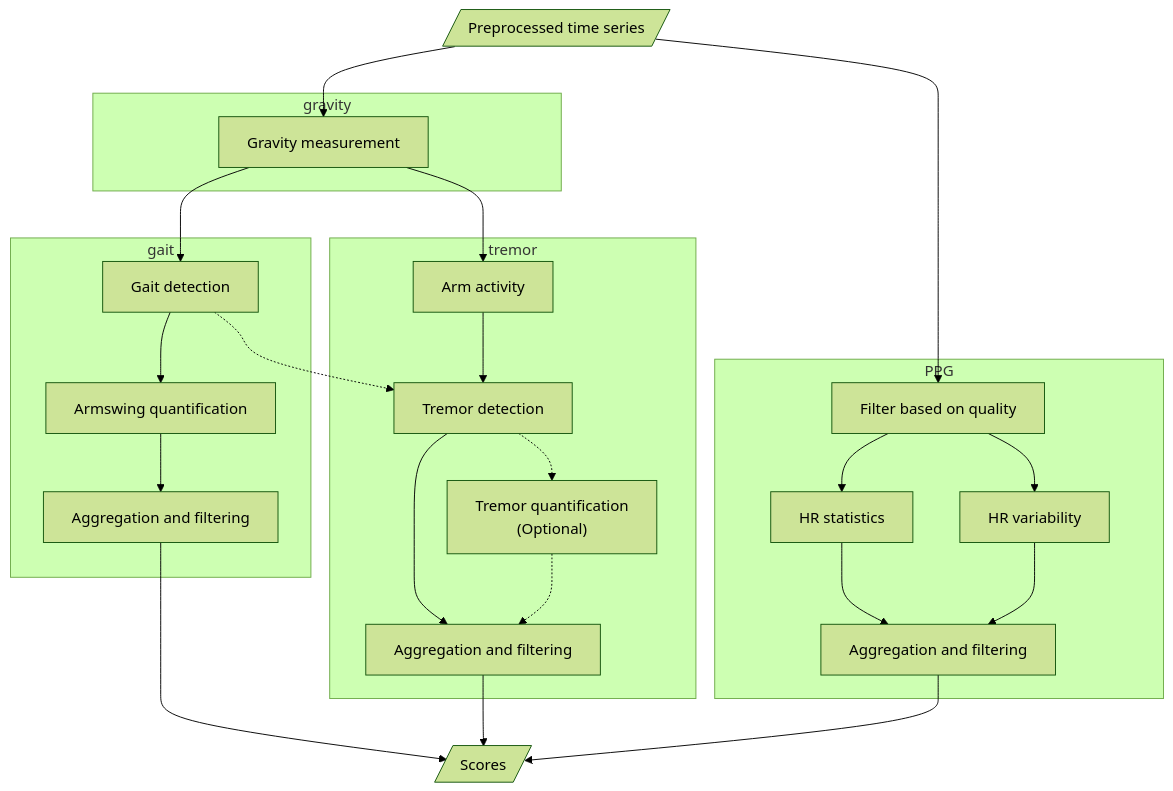
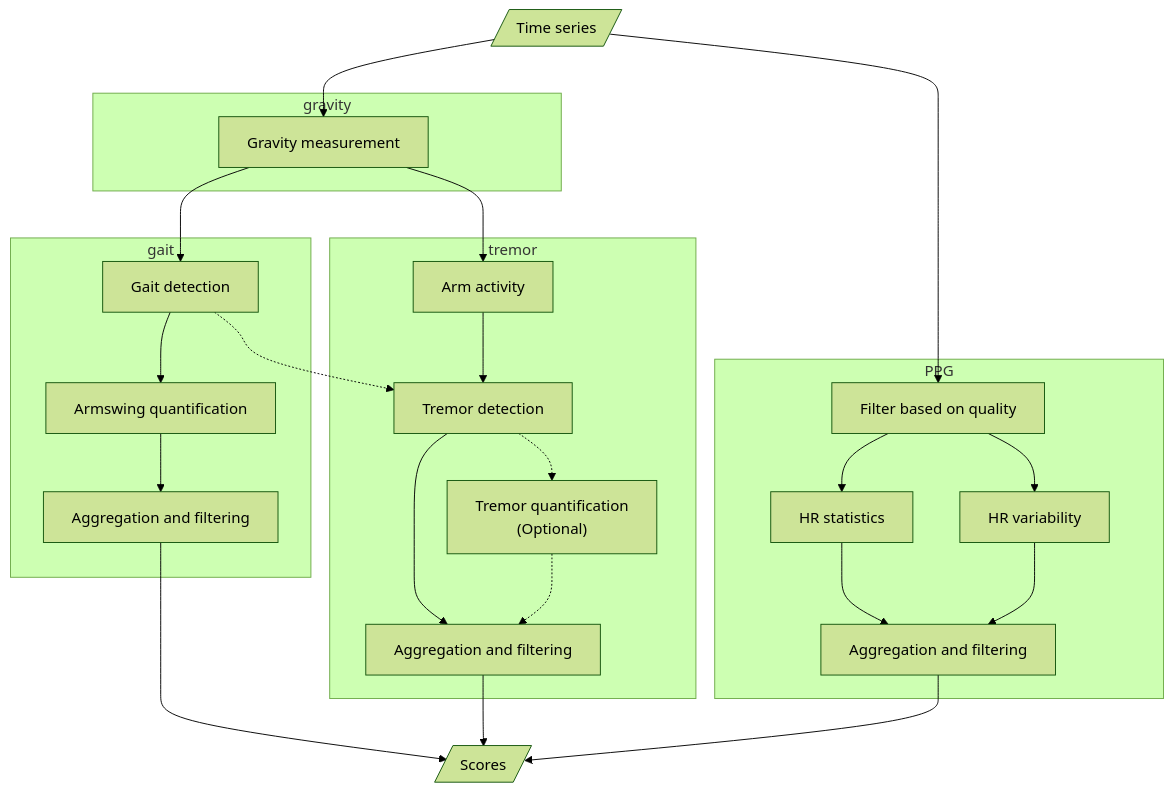
The second of 2 diagrams in profile/README.md (biomarkersParkinson/.github), drawn with Mermaid (forest theme) before and after one commit. The commit also changed other lines of this file, not shown here.

Commit message:
Minor change to graph

````diff
--- a/profile/README.md
+++ b/profile/README.md
@@ -47,38 +47,38 @@
 ```mermaid
 graph TD;
 
     subgraph gravity
          Gravity["Gravity measurement"]
     end
 
     subgraph gait
         Gait["Gait detection"]
         Armswing["Armswing quantification"]
         b["Aggregation and filtering"]
     end
 
     subgraph tremor
         ArmActivity["Arm activity"]
         Tremor["Tremor detection"]
         c["Aggregation and filtering"]
         TremorQuant["Tremor quantification \n (Optional)"]
     end
 
     subgraph PPG
         Filter["Filter based on quality"]
         HRstat["HR statistics"]
         HRvar["HR variability"]
         d["Aggregation and filtering"]
     end
 
-    Preprocessed[/Preprocessed time series/] --> Gravity --> Gait --> Armswing --> b --> Scores[/Scores/]
+    Preprocessed[/Time series/] --> Gravity --> Gait --> Armswing --> b --> Scores[/Scores/]
 
     Gait .-> Tremor
     Gravity --> ArmActivity--> Tremor --> c --> Scores
     Tremor .-> TremorQuant .-> c
 
     Preprocessed --> Filter
     Filter --> HRstat --> d --> Scores
     Filter --> HRvar --> d
 
 ```
````
